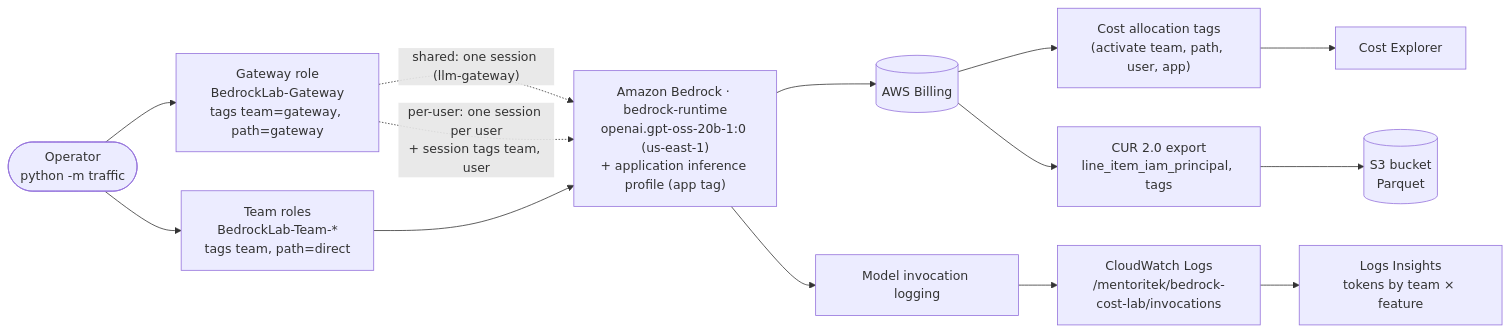
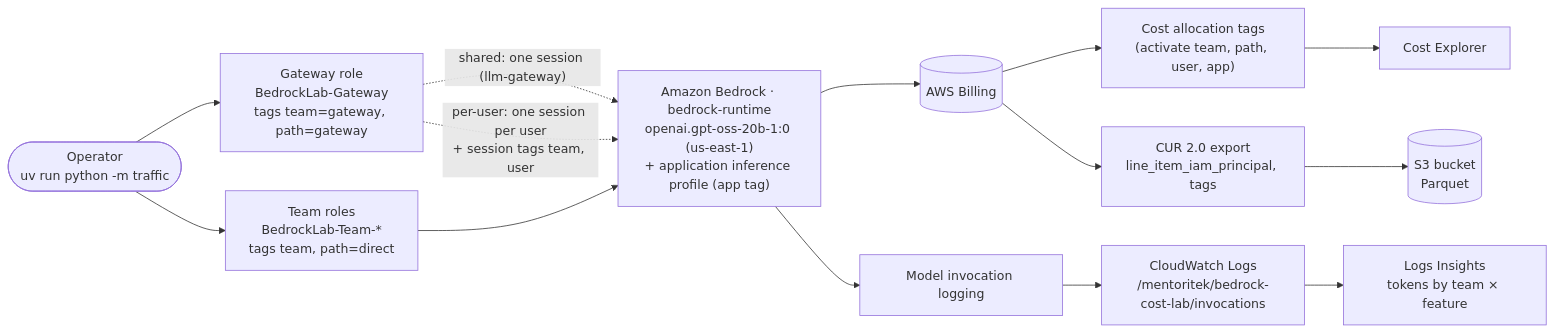
The diagram in README.md (Mentoritek/bedrock-cost-attribution-lab), drawn with Mermaid before and after one commit. The commit also changed other lines of this file and 2 other files, not shown here.

Commit message:
Use uv for every Python step; move tool settings out of pyproject.toml

````diff
--- a/README.md
+++ b/README.md
@@ -21,14 +21,14 @@
 ```mermaid
 flowchart LR
-  op([Operator<br/>python -m traffic]) --> tr["Team roles<br/>BedrockLab-Team-*<br/>tags team, path=direct"]
+  op([Operator<br/>uv run python -m traffic]) --> tr["Team roles<br/>BedrockLab-Team-*<br/>tags team, path=direct"]
   op --> gw["Gateway role<br/>BedrockLab-Gateway<br/>tags team=gateway, path=gateway"]
   gw -. "shared: one session (llm-gateway)" .-> br
   gw -. "per-user: one session per user<br/>+ session tags team, user" .-> br
   tr --> br["Amazon Bedrock · bedrock-runtime<br/>openai.gpt-oss-20b-1:0 (us-east-1)<br/>+ application inference profile (app tag)"]
 
   br --> bill[(AWS Billing)]
   bill --> cat["Cost allocation tags<br/>(activate team, path, user, app)"] --> ce["Cost Explorer"]
   bill --> cur["CUR 2.0 export<br/>line_item_iam_principal, tags"] --> s3[("S3 bucket<br/>Parquet")]
 
   br --> log["Model invocation logging"] --> cw["CloudWatch Logs<br/>/mentoritek/bedrock-cost-lab/invocations"] --> li["Logs Insights<br/>tokens by team × feature"]
 ```
````
